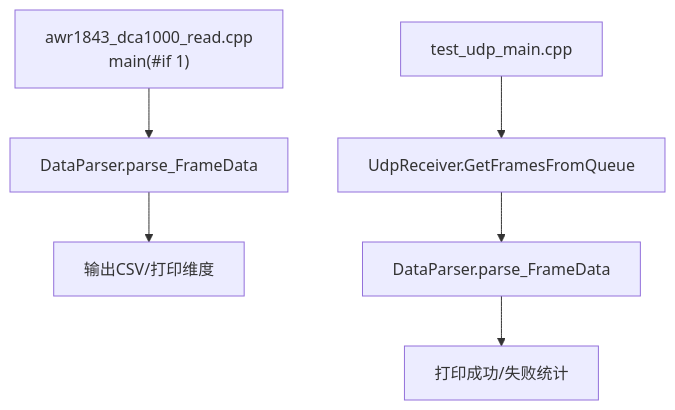
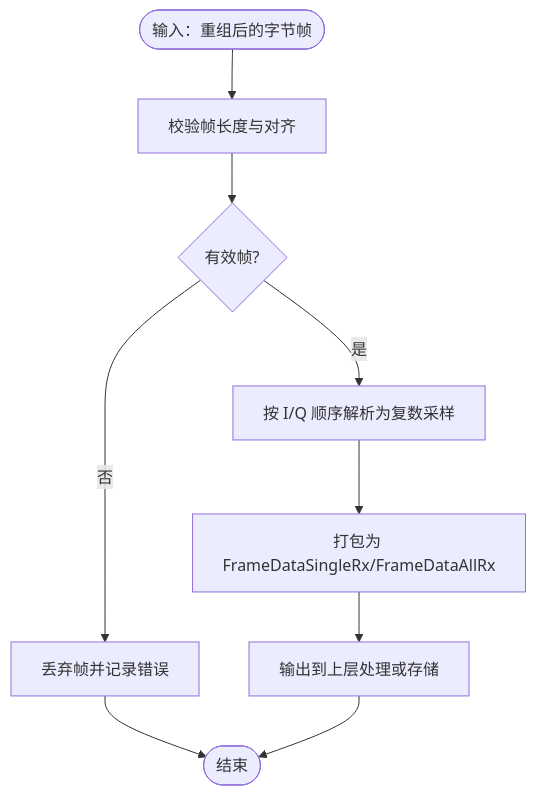
Before and after one commit to Lukad77/awr1843-radar-toolkit: the fifth of 6 diagrams in .qoder/repowiki/zh/content/项目概述与整体架构.md, drawn with Mermaid. The commit also changed other lines of this file and 106 other files, not shown here.

````diff
--- a/.qoder/repowiki/zh/content/项目概述与整体架构.md
+++ b/.qoder/repowiki/zh/content/项目概述与整体架构.md
@@ -344,8 +230,11 @@
 ```mermaid
 flowchart TD
-A["awr1843_dca1000_read.cpp<br/>main(#if 1)"] --> B["DataParser.parse_FrameData"]
-B --> C["输出CSV/打印维度"]
-D["test_udp_main.cpp"] --> E["UdpReceiver.GetFramesFromQueue"]
-E --> F["DataParser.parse_FrameData"]
-F --> G["打印成功/失败统计"]
+Start(["输入：重组后的字节帧"]) --> Validate["校验帧长度与对齐"]
+Validate --> Valid{"有效帧?"}
+Valid --> |否| Drop["丢弃帧并记录错误"]
+Valid --> |是| ParseIQ["按 I/Q 顺序解析为复数采样"]
+ParseIQ --> Pack["打包为 FrameDataSingleRx/FrameDataAllRx"]
+Pack --> Output["输出到上层处理或存储"]
+Drop --> End(["结束"])
+Output --> End
 ```
````
